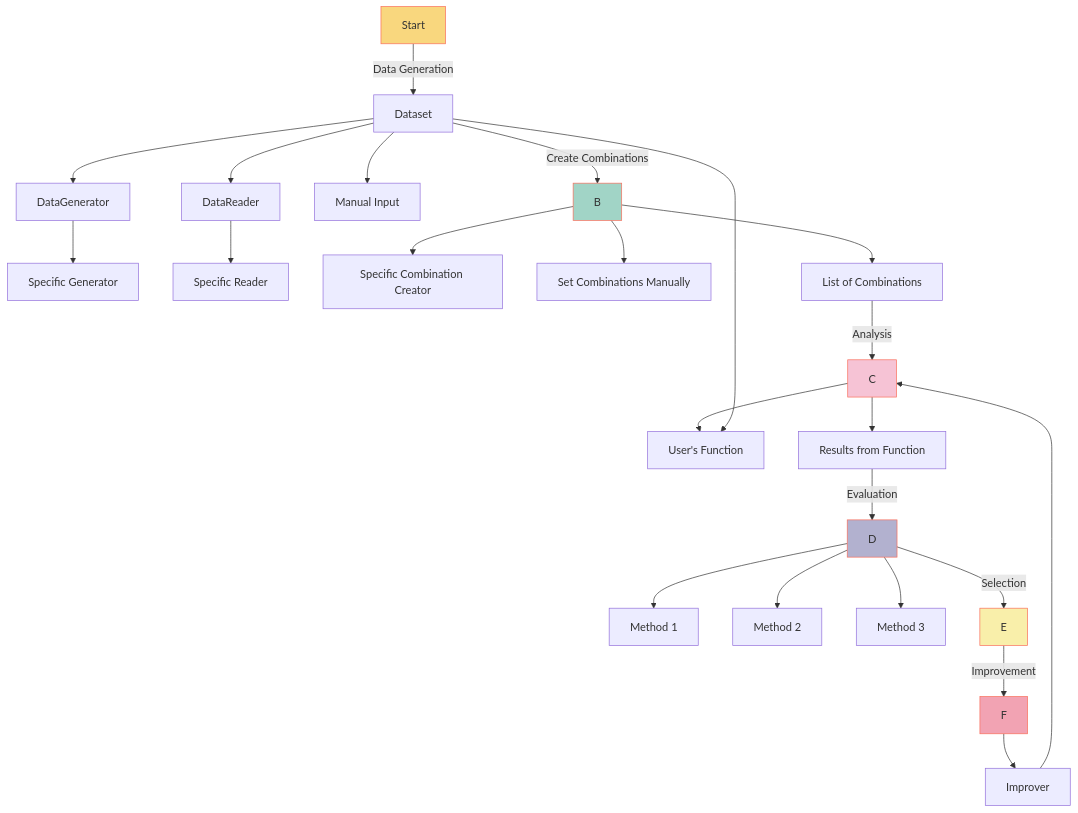
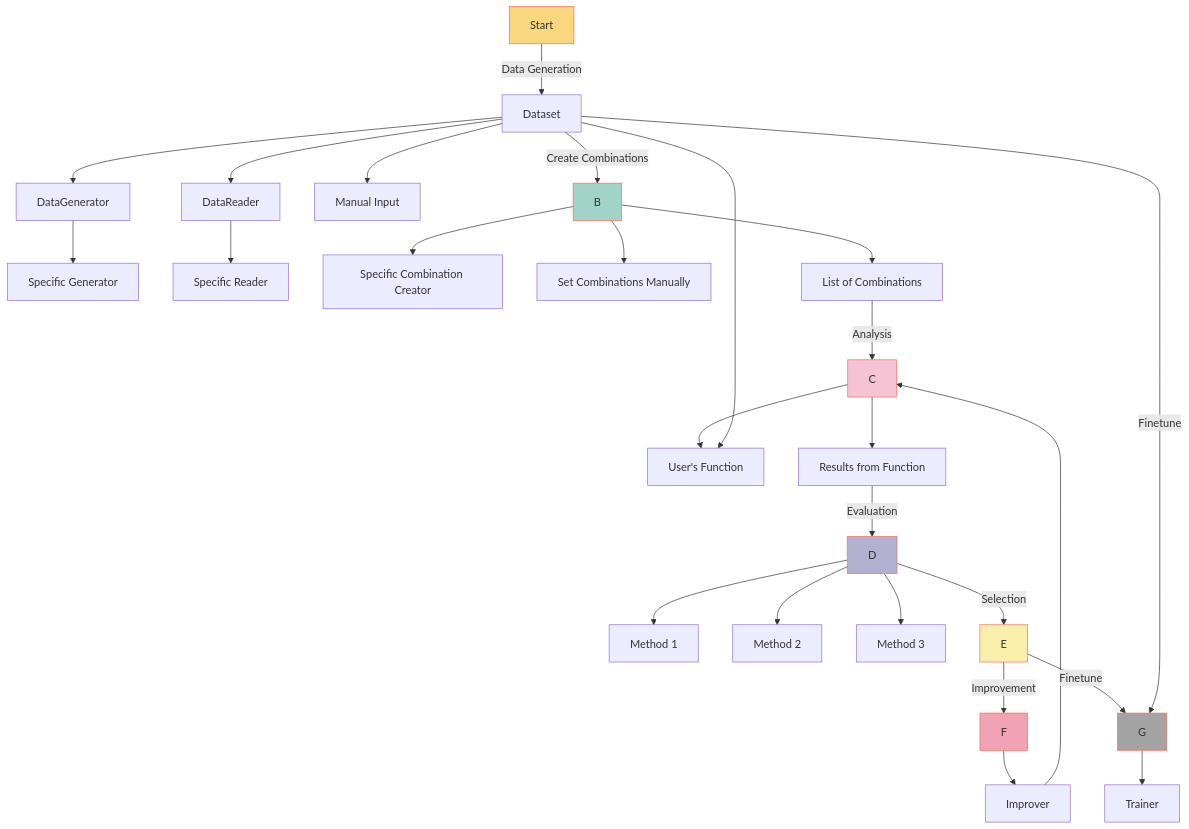
Before and after one commit to YiVal/YiVal: the diagram in docs/architecture.md, drawn with Mermaid. The commit also changed other lines of this file and 1 other file, not shown here.

Commit message:
change mermaid

````diff
--- a/docs/architecture.md
+++ b/docs/architecture.md
@@ -4,46 +4,54 @@
 ```mermaid
 flowchart TD
 
     %% Data Generation Stage
     A[Start]
     A --> |Data Generation| A1[Dataset]
     A1 --> A2[DataGenerator]
     A2 --> A3[Specific Generator]
     A1 --> A4[DataReader]
     A4 --> A5[Specific Reader]
     A1 --> A6[Manual Input]
 
     %% Create Combinations Stage
     A1 --> |Create Combinations| B
     B --> B1[Specific Combination Creator]
     B --> B2[Set Combinations Manually]
     B --> B3[List of Combinations]
 
     %% Evaluate Stage
     B3 --> |Analysis| C
     C --> C1[User's Function]
     C --> C2[Results from Function]
     A1 --> C1
 
     %% Evaluator Stage
     C2 --> |Evaluation| D
     D --> D1[Method 1]
     D --> D2[Method 2]
     D --> D3[Method 3]
 
     %% Select Stage
     D --> |Selection| E
 
     %% Improver Stage
     E --> |Improvement| F
     F --> F1[Improver]
     F1 --> C
 
+    %% Trainer Stage
+    E --> |Finetune| G
+    A1 --> |Finetune| G
+    G --> G1[Trainer]
+
+
     %% Styling
     style A fill:#f9d77e,stroke:#f96e5b
     style B fill:#a1d4c6,stroke:#f96e5b
     style C fill:#f6c3d5,stroke:#f96e5b
     style D fill:#b2b1cf,stroke:#f96e5b
     style E fill:#f9efaa,stroke:#f96e5b
     style F fill:#f2a3b3,stroke:#f96e5b
+    style G fill:#a3a3a3,stroke:#f96e5b
+
 ```
````
